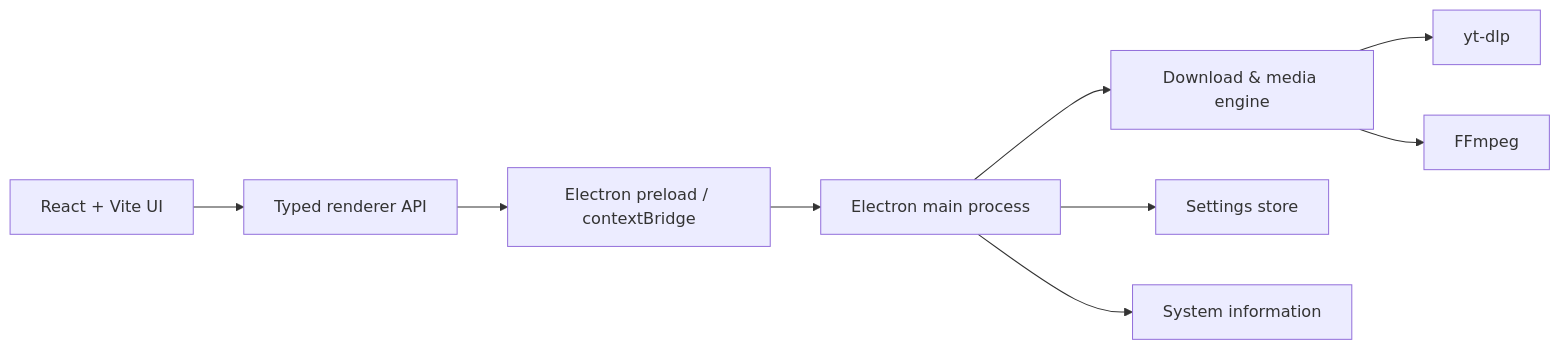
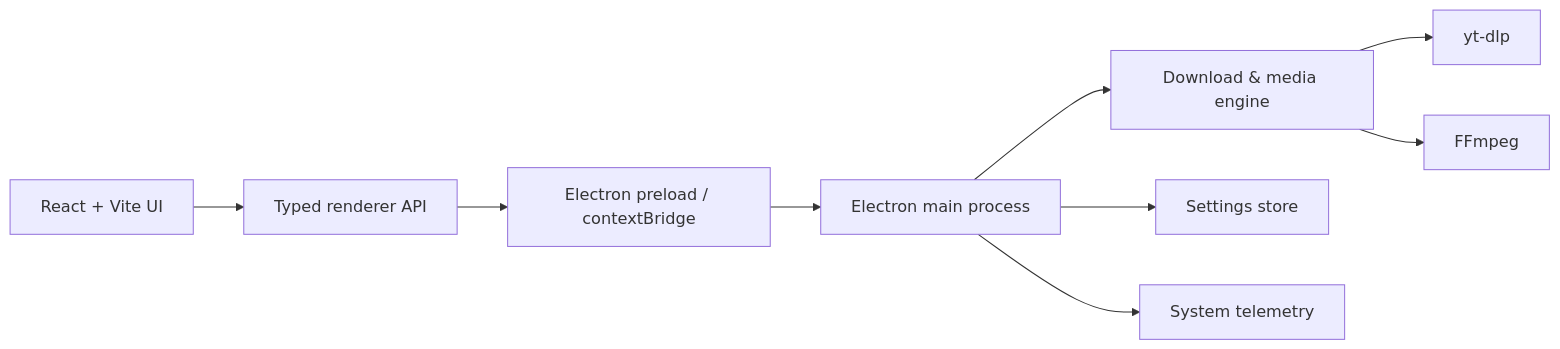
The diagram in README.md (teldigi5-wq/anydl-pro-ultra), drawn with Mermaid before and after one commit. The commit also changed other lines of this file, not shown here.

````diff
--- a/README.md
+++ b/README.md
@@ -46,11 +53,11 @@
 ```mermaid
 flowchart LR
     UI[React + Vite UI] --> API[Typed renderer API]
     API --> Bridge[Electron preload / contextBridge]
     Bridge --> Main[Electron main process]
     Main --> Engine[Download & media engine]
     Engine --> YTDLP[yt-dlp]
     Engine --> FFMPEG[FFmpeg]
     Main --> Store[Settings store]
-    Main --> System[System information]
+    Main --> System[System telemetry]
 ```
````
